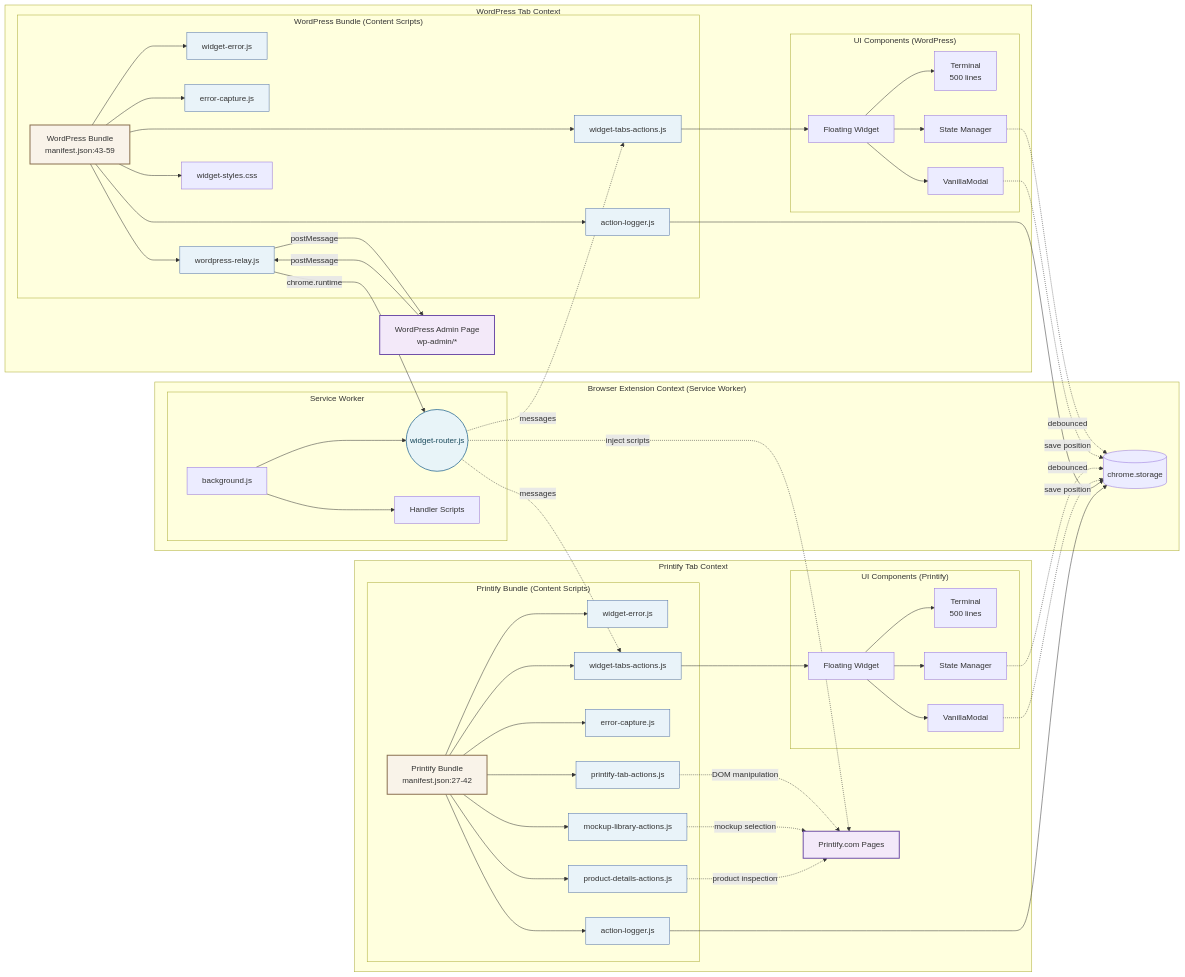
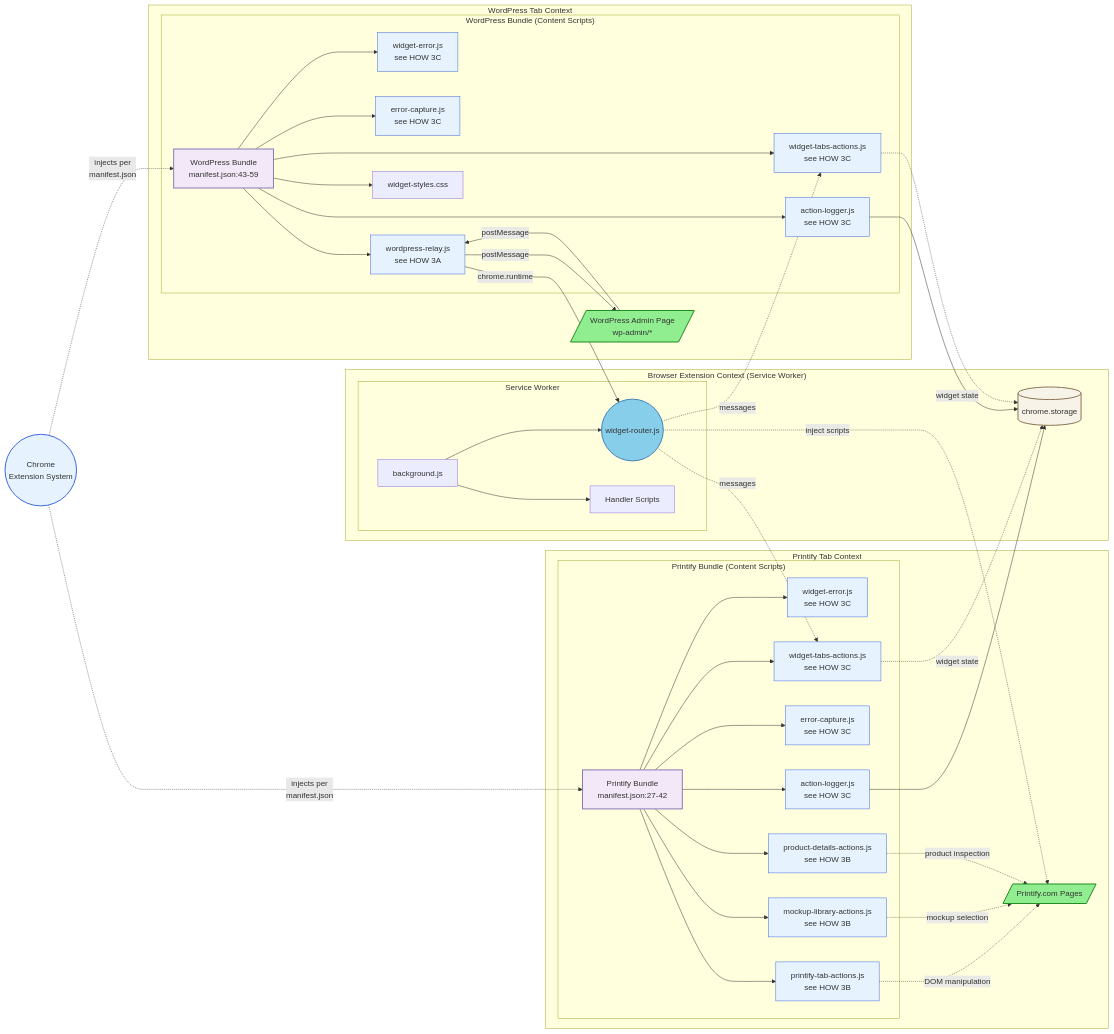
Before and after one commit to tdemelle-SiP/.claude: the second of 6 diagrams in guidelines/sip-printify-manager-extension-guidelines-v2.md, drawn with Mermaid. The commit also changed other lines of this file and 1 other file, not shown here.

Commit message:
getting through the extension documentation bit by bit!

````diff
--- a/guidelines/sip-printify-manager-extension-guidelines-v2.md
+++ b/guidelines/sip-printify-manager-extension-guidelines-v2.md
@@ -128,5 +157,7 @@
 ```mermaid
 graph LR
+  Chrome((Chrome<br/>Extension System))
+  
   subgraph "Browser Extension Context (Service Worker)"
     subgraph "Service Worker"
       SW[background.js] --> Router((widget-router.js))
@@ -139,55 +170,35 @@
   subgraph "WordPress Tab Context"
     subgraph "WordPress Bundle (Content Scripts)"
       WPBundle[WordPress Bundle<br/>manifest.json:43-59]
-      WPBundle --> WE[widget-error.js]
-      WPBundle --> AL1[action-logger.js]
-      WPBundle --> EC1[error-capture.js]
-      WPBundle --> WR[wordpress-relay.js]
-      WPBundle --> WT1[widget-tabs-actions.js]
+      WPBundle --> WE[widget-error.js<br/>see HOW 3C]
+      WPBundle --> AL1[action-logger.js<br/>see HOW 3C]
+      WPBundle --> EC1[error-capture.js<br/>see HOW 3C]
+      WPBundle --> WR[wordpress-relay.js<br/>see HOW 3A]
+      WPBundle --> WT1[widget-tabs-actions.js<br/>see HOW 3C]
       WPBundle --> WSS[widget-styles.css]
     end
     
-    subgraph "UI Components (WordPress)"
-      Widget1[Floating Widget]
-      Widget1 --> Terminal1[Terminal<br/>500 lines]
-      Widget1 --> Modal1[VanillaModal]
-      Widget1 --> State1[State Manager]
-    end
-    
-    WPPage[WordPress Admin Page<br/>wp-admin/*]
+    WPPage[/WordPress Admin Page<br/>wp-admin/*/]
     WR -->|postMessage| WPPage
     WPPage -->|postMessage| WR
-    WT1 --> Widget1
-    State1 -.->|debounced| Storage
-    Modal1 -.->|save position| Storage
   end
   
   subgraph "Printify Tab Context"
     subgraph "Printify Bundle (Content Scripts)"
       PBundle[Printify Bundle<br/>manifest.json:27-42]
-      PBundle --> WE2[widget-error.js]
-      PBundle --> AL2[action-logger.js]
-      PBundle --> EC2[error-capture.js]
-      PBundle --> PTA[printify-tab-actions.js]
-      PBundle --> WT2[widget-tabs-actions.js]
-      PBundle --> MLA[mockup-library-actions.js]
-      PBundle --> PDA[product-details-actions.js]
+      PBundle --> WE2[widget-error.js<br/>see HOW 3C]
+      PBundle --> AL2[action-logger.js<br/>see HOW 3C]
+      PBundle --> EC2[error-capture.js<br/>see HOW 3C]
+      PBundle --> PTA[printify-tab-actions.js<br/>see HOW 3B]
+      PBundle --> WT2[widget-tabs-actions.js<br/>see HOW 3C]
+      PBundle --> MLA[mockup-library-actions.js<br/>see HOW 3B]
+      PBundle --> PDA[product-details-actions.js<br/>see HOW 3B]
     end
     
-    subgraph "UI Components (Printify)"
-      Widget2[Floating Widget]
-      Widget2 --> Terminal2[Terminal<br/>500 lines]
-      Widget2 --> Modal2[VanillaModal]
-      Widget2 --> State2[State Manager]
-    end
-    
-    PrintifyPage[Printify.com Pages]
+    PrintifyPage[/Printify.com Pages/]
     PTA -.->|DOM manipulation| PrintifyPage
     MLA -.->|mockup selection| PrintifyPage
     PDA -.->|product inspection| PrintifyPage
-    WT2 --> Widget2
-    State2 -.->|debounced| Storage
-    Modal2 -.->|save position| Storage
   end
   
   WR -->|chrome.runtime| Router
@@ -196,18 +207,25 @@
   Router -.->|inject scripts| PrintifyPage
   AL1 --> Storage
   AL2 --> Storage
+  WT1 -.->|widget state| Storage
+  WT2 -.->|widget state| Storage
   
-  %% Styling
-  classDef bundleStyle fill:#f9f3e9,stroke:#8a7050,stroke-width:2px
-  classDef scriptStyle fill:#e9f3f9,stroke:#5070a8,stroke-width:1px
-  classDef pageStyle fill:#f3e9f9,stroke:#7050a8,stroke-width:2px
-  classDef uiStyle fill:#e9f9e9,stroke:#50a850,stroke-width:2px
-  classDef extensionStyle fill:#f0f8ff,stroke:#4169e1,stroke-width:3px
-  classDef routerStyle fill:#e8f4f8,stroke:#5a8ca8,stroke-width:2px,color:#1a4a5c
+  Chrome -.->|injects per<br/>manifest.json| WPBundle
+  Chrome -.->|injects per<br/>manifest.json| PBundle
   
-  class WPBundle,PBundle bundleStyle
+  %% Style definitions
+  classDef userFacingStyle fill:#90EE90,stroke:#228B22,stroke-width:2px
+  classDef routerStyle fill:#87CEEB,stroke:#4682B4,stroke-width:2px
+  classDef scriptStyle fill:#E6F3FF,stroke:#4169E1,stroke-width:1px
+  classDef storageStyle fill:#F8F3E8,stroke:#8B7355,stroke-width:2px
+  classDef groupStyle fill:#F3E8F8,stroke:#8B7AB8,stroke-width:2px
+  classDef chromeStyle fill:#E6F3FF,stroke:#4169E1,stroke-width:2px
+  
+  %% Apply styles
+  class WPPage,PrintifyPage userFacingStyle
+  class Router routerStyle
   class WE,WE2,AL1,AL2,EC1,EC2,WR,PTA,WT1,WT2,MLA,PDA scriptStyle
-  class WPPage,PrintifyPage pageStyle
-  class Widget,Terminal,Modal,State uiStyle
-  class Router routerStyle
+  class Storage storageStyle
+  class WPBundle,PBundle groupStyle
+  class Chrome chromeStyle
 ```
````
